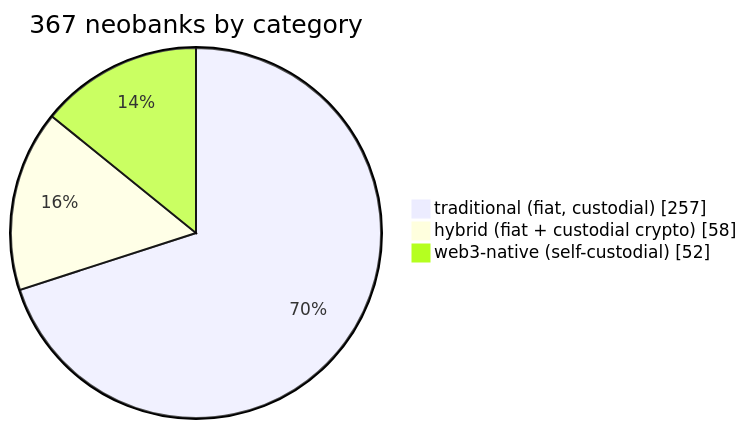
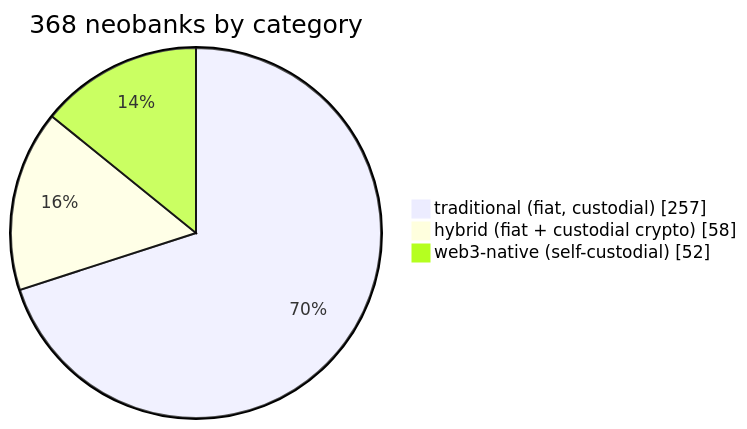
The first of 3 diagrams in README.md (andreolf/neobankbeat), drawn with Mermaid before and after one commit. The commit also changed other lines of this file and 737 other files, not shown here.

````diff
--- a/README.md
+++ b/README.md
@@ -41,6 +41,6 @@
 ```mermaid
-pie showData title 367 neobanks by category
+pie showData title 368 neobanks by category
     "traditional (fiat, custodial)" : 257
     "hybrid (fiat + custodial crypto)" : 58
     "web3-native (self-custodial)" : 52
 ```
````
